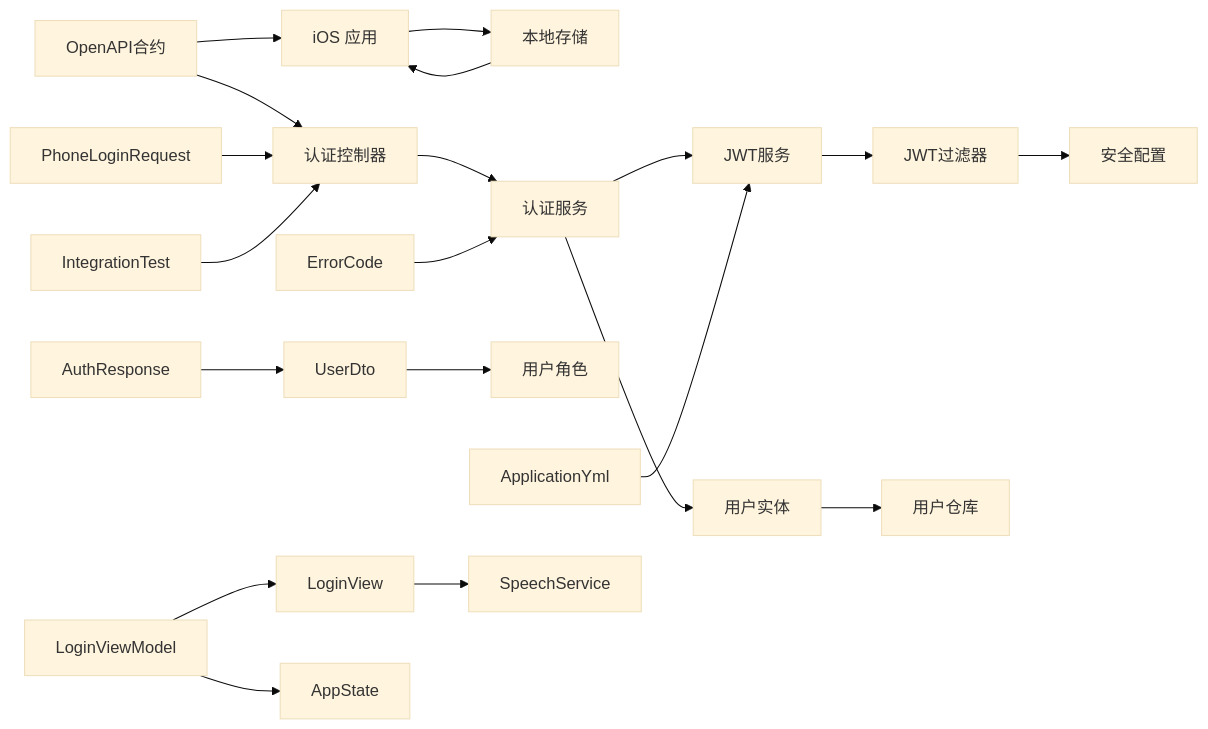
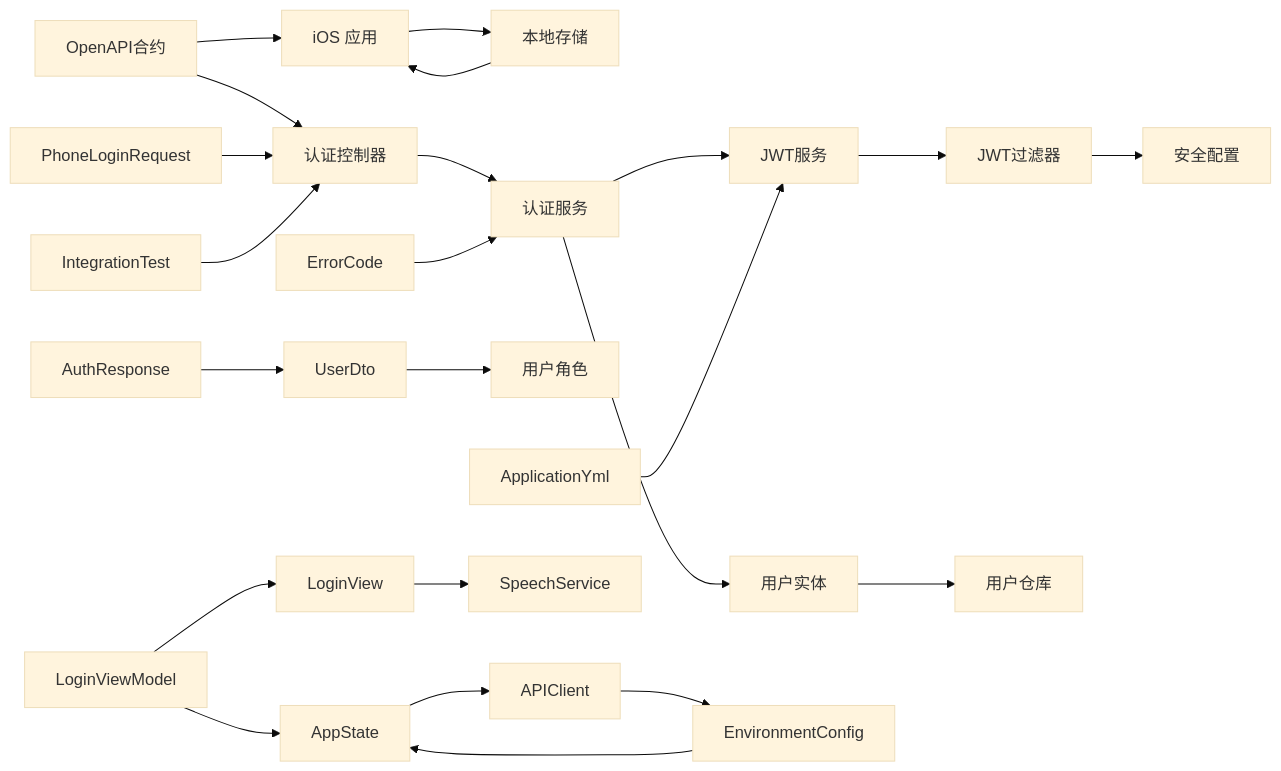
Diagram 15 of 15 in .qoder/repowiki/zh/content/核心功能模块/认证系统.md (Jayden23018/blind-run-ios), drawn with Mermaid (base theme) before and after one commit. The commit also changed other lines of this file and 14 other files, not shown here.

Commit message:
Improve blind runner booking map and speech input flows

````diff
--- a/.qoder/repowiki/zh/content/核心功能模块/认证系统.md
+++ b/.qoder/repowiki/zh/content/核心功能模块/认证系统.md
@@ -796,22 +947,25 @@
 ```mermaid
 graph LR
 OpenAPI["OpenAPI合约"] --> IOS["iOS 应用"]
 IOS --> Store["本地存储"]
 Store --> IOS
 OpenAPI --> AuthController["认证控制器"]
 AuthController --> AuthService["认证服务"]
 AuthService --> JwtService["JWT服务"]
 JwtService --> JwtFilter["JWT过滤器"]
 JwtFilter --> SecurityConfig["安全配置"]
 AuthService --> AppUser["用户实体"]
 AppUser --> AppUserRepository["用户仓库"]
 UserDto --> UserRole["用户角色"]
 PhoneLoginRequest --> AuthController
 AuthResponse --> UserDto
 ErrorCode --> AuthService
 IntegrationTest --> AuthController
 ApplicationYml --> JwtService
 LoginViewModel --> LoginView
 LoginView --> SpeechService
 LoginViewModel --> AppState
+AppState --> APIClient
+APIClient --> EnvironmentConfig
+EnvironmentConfig --> AppState
 ```
````
